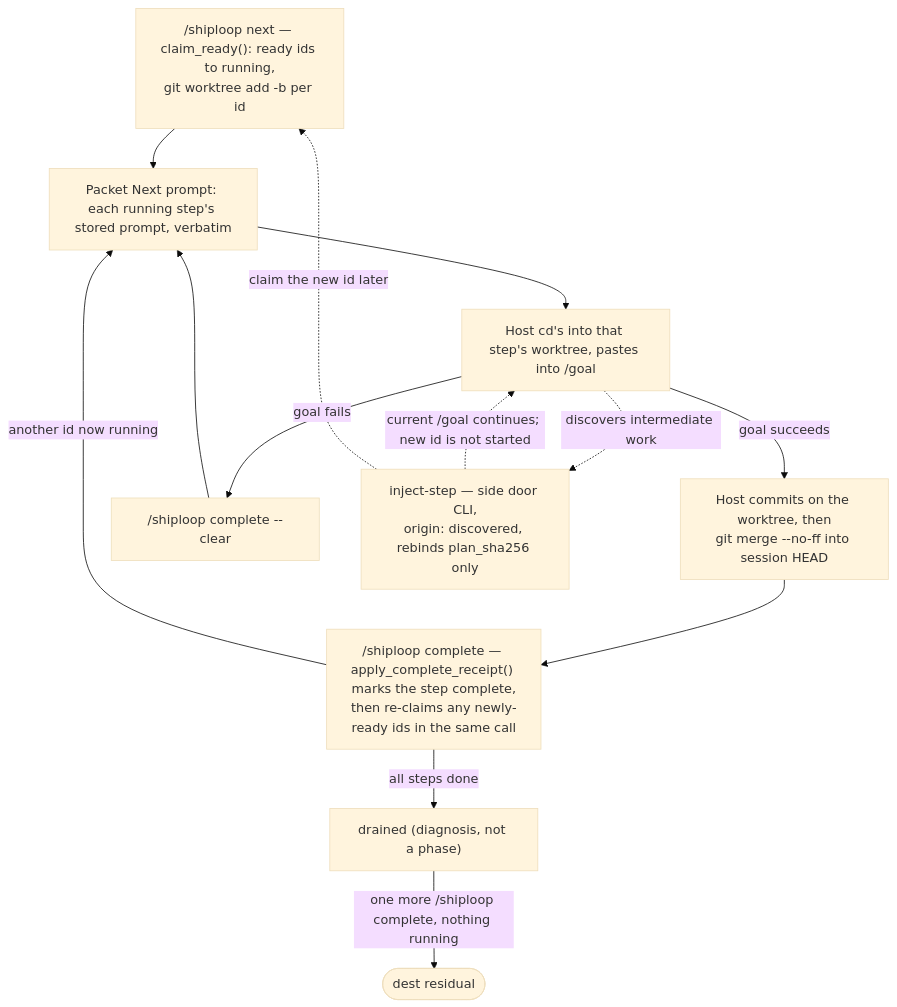
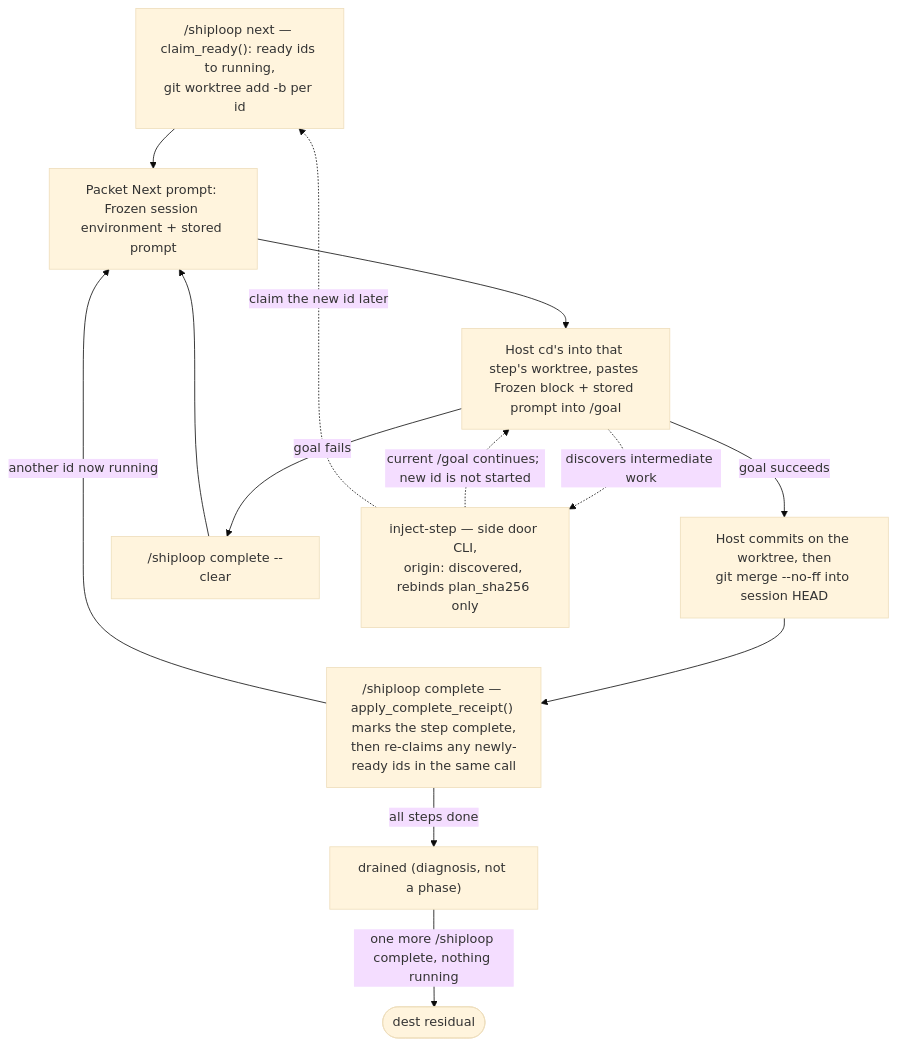
Before and after one commit to whichguy/skill-craft: the fourth of 5 diagrams in plugins/shiploop/skills/shiploop/README.md, drawn with Mermaid (base theme). The commit also changed other lines of this file and 31 other files, not shown here.

First line of the commit message:
ShipLoop 0.8.4: give every implement /goal the frozen tools and MCP.

````diff
--- a/plugins/shiploop/skills/shiploop/README.md
+++ b/plugins/shiploop/skills/shiploop/README.md
@@ -252,15 +261,15 @@
 ```mermaid
 flowchart TD
-  next["/shiploop next — claim_ready(): ready ids to running,\ngit worktree add -b per id"] --> printed["Packet Next prompt: each running step's stored prompt, verbatim"]
-  printed --> gwork["Host cd's into that step's worktree, pastes into /goal"]
+  next["/shiploop next — claim_ready(): ready ids to running,\ngit worktree add -b per id"] --> printed["Packet Next prompt: Frozen session environment + stored prompt"]
+  printed --> gwork["Host cd's into that step's worktree, pastes Frozen block + stored prompt into /goal"]
   gwork -->|goal succeeds| cm["Host commits on the worktree, then\ngit merge --no-ff into session HEAD"]
   cm --> complete["/shiploop complete — apply_complete_receipt() marks the step complete,\nthen re-claims any newly-ready ids in the same call"]
   complete -->|another id now running| printed
   complete -->|all steps done| drained["drained (diagnosis, not a phase)"]
   drained -->|one more /shiploop complete, nothing running| residual([dest residual])
   gwork -->|goal fails| clear["/shiploop complete --clear"]
   clear --> printed
   gwork -.->|discovers intermediate work| inject["inject-step — side door CLI,\norigin: discovered, rebinds plan_sha256 only"]
   inject -.->|current /goal continues; new id is not started| gwork
   inject -.->|claim the new id later| next
 ```
````
